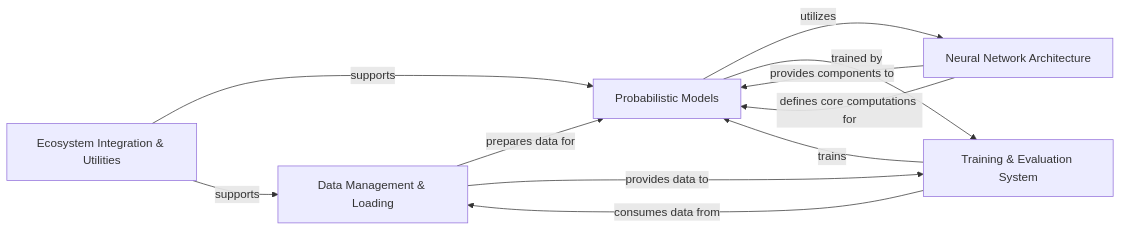
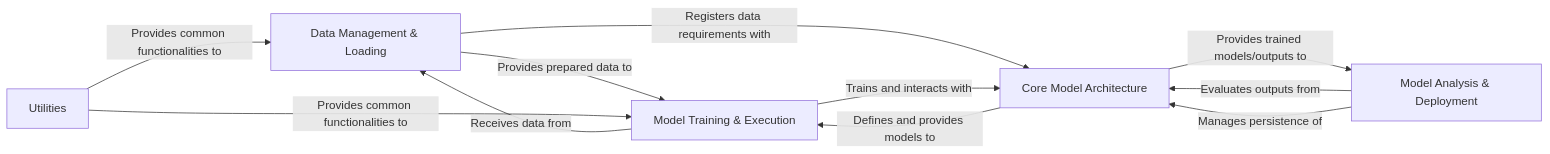
The diagram in scvi-tools/on_boarding.md (CodeBoarding/GeneratedOnBoardings), drawn with Mermaid before and after one commit. The commit also changed other lines of this file and 5 other files, not shown here.

Commit message:
Uploading onboarding materials for scvi-tools

````diff
--- a/scvi-tools/on_boarding.md
+++ b/scvi-tools/on_boarding.md
@@ -1,21 +1,21 @@
 ```mermaid
 graph LR
     Data_Management_Loading["Data Management & Loading"]
-    Probabilistic_Models["Probabilistic Models"]
-    Neural_Network_Architecture["Neural Network Architecture"]
-    Training_Evaluation_System["Training & Evaluation System"]
-    Ecosystem_Integration_Utilities["Ecosystem Integration & Utilities"]
-    Data_Management_Loading -- "prepares data for" --> Probabilistic_Models
-    Data_Management_Loading -- "provides data to" --> Training_Evaluation_System
-    Probabilistic_Models -- "utilizes" --> Neural_Network_Architecture
-    Probabilistic_Models -- "trained by" --> Training_Evaluation_System
-    Neural_Network_Architecture -- "provides components to" --> Probabilistic_Models
-    Neural_Network_Architecture -- "defines core computations for" --> Probabilistic_Models
-    Training_Evaluation_System -- "trains" --> Probabilistic_Models
-    Training_Evaluation_System -- "consumes data from" --> Data_Management_Loading
-    Ecosystem_Integration_Utilities -- "supports" --> Probabilistic_Models
-    Ecosystem_Integration_Utilities -- "supports" --> Data_Management_Loading
+    Core_Model_Architecture["Core Model Architecture"]
+    Model_Training_Execution["Model Training & Execution"]
+    Model_Analysis_Deployment["Model Analysis & Deployment"]
+    Utilities["Utilities"]
+    Data_Management_Loading -- "Provides prepared data to" --> Model_Training_Execution
+    Data_Management_Loading -- "Registers data requirements with" --> Core_Model_Architecture
+    Core_Model_Architecture -- "Defines and provides models to" --> Model_Training_Execution
+    Core_Model_Architecture -- "Provides trained models/outputs to" --> Model_Analysis_Deployment
+    Model_Training_Execution -- "Receives data from" --> Data_Management_Loading
+    Model_Training_Execution -- "Trains and interacts with" --> Core_Model_Architecture
+    Model_Analysis_Deployment -- "Evaluates outputs from" --> Core_Model_Architecture
+    Model_Analysis_Deployment -- "Manages persistence of" --> Core_Model_Architecture
+    Utilities -- "Provides common functionalities to" --> Data_Management_Loading
+    Utilities -- "Provides common functionalities to" --> Model_Training_Execution
     click Data_Management_Loading href "https://github.com/CodeBoarding/GeneratedOnBoardings/blob/main/scvi-tools/Data_Management_Loading.md" "Details"
-    click Probabilistic_Models href "https://github.com/CodeBoarding/GeneratedOnBoardings/blob/main/scvi-tools/Probabilistic_Models.md" "Details"
-    click Neural_Network_Architecture href "https://github.com/CodeBoarding/GeneratedOnBoardings/blob/main/scvi-tools/Neural_Network_Architecture.md" "Details"
+    click Model_Training_Execution href "https://github.com/CodeBoarding/GeneratedOnBoardings/blob/main/scvi-tools/Model_Training_Execution.md" "Details"
+    click Utilities href "https://github.com/CodeBoarding/GeneratedOnBoardings/blob/main/scvi-tools/Utilities.md" "Details"
 ```
````
